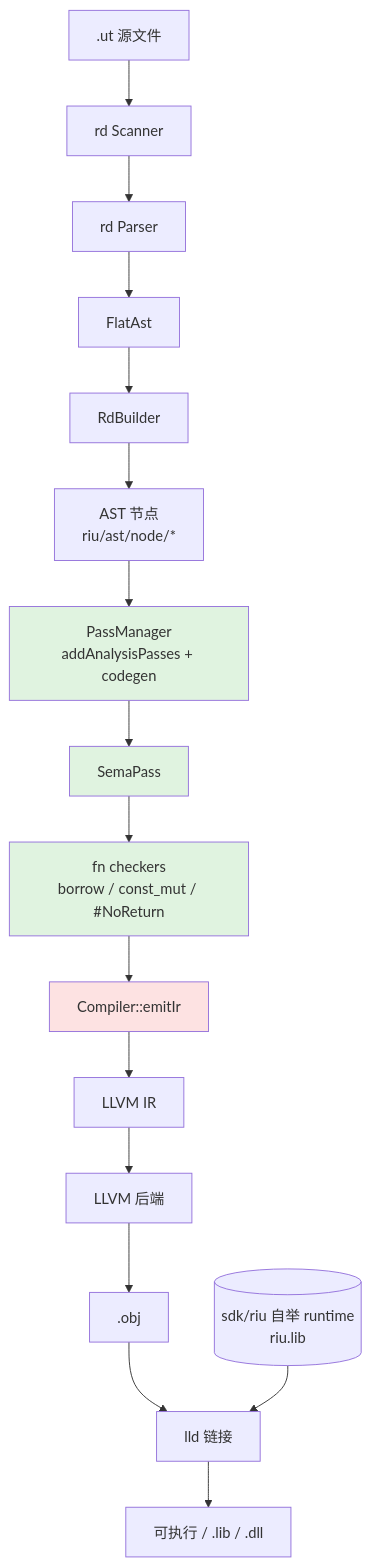
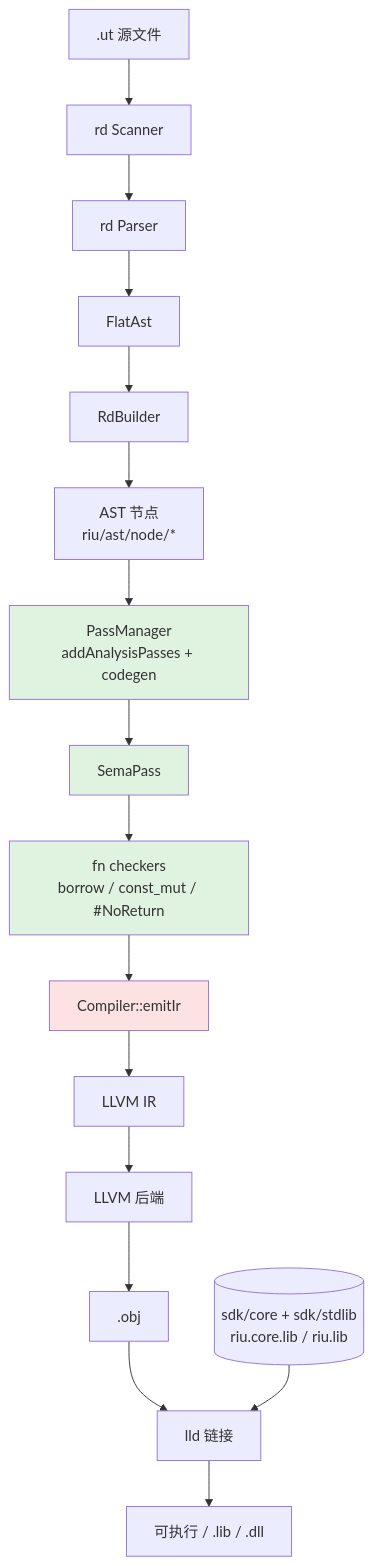
One commit to riu-lang/riu changed the second of 6 diagrams in riu.md. Above: the diagram before and after it, drawn with Mermaid. The commit also changed other lines of this file and 138 other files, not shown here.

First line of the commit message:
feat: SDK 拆成 core 隐式与 stdlib 显式

````diff
--- a/riu.md
+++ b/riu.md
@@ -64,24 +64,24 @@
 ```mermaid
 flowchart TB
     src[.ut 源文件] --> scan[rd Scanner]
     scan --> parse[rd Parser]
     parse --> flat[FlatAst]
     flat --> builder[RdBuilder]
     builder --> ast[AST 节点<br/>riu/ast/node/*]
 
     ast --> pm[PassManager<br/>addAnalysisPasses + codegen]
     pm --> sema[SemaPass]
     sema --> analyzer[fn checkers<br/>borrow / const_mut / #NoReturn]
     analyzer --> compiler[Compiler::emitIr]
     compiler --> ir[LLVM IR]
     ir --> llc[LLVM 后端]
     llc --> obj[.obj]
     obj --> lld[lld 链接]
-    sdk[(sdk/riu 自举 runtime<br/>riu.lib)] --> lld
+    sdk[(sdk/core + sdk/stdlib<br/>riu.core.lib / riu.lib)] --> lld
     lld --> exe[可执行 / .lib / .dll]
 
     style pm fill:#e0f3e0
     style sema fill:#e0f3e0
     style analyzer fill:#e0f3e0
     style compiler fill:#fde2e2
 ```
````
